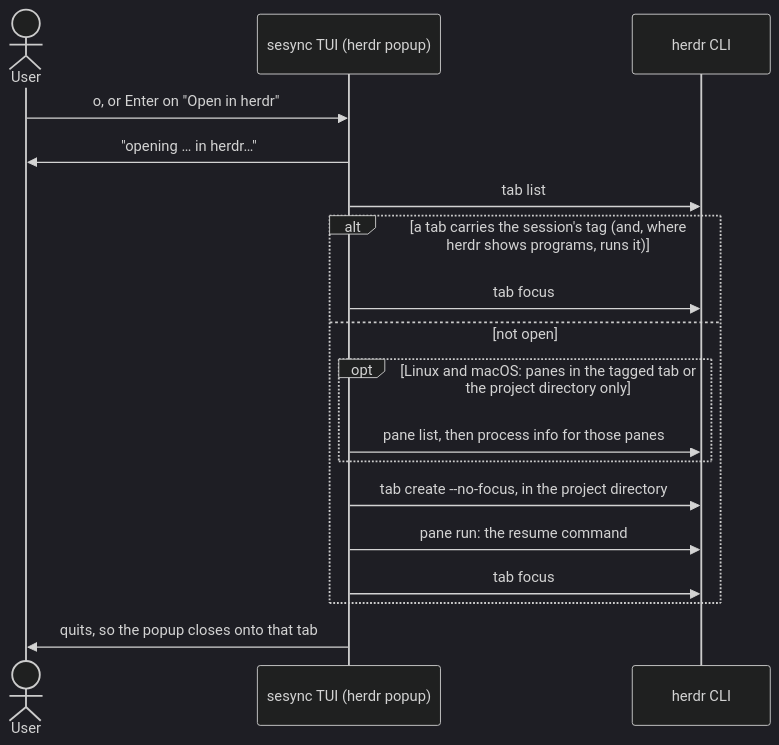
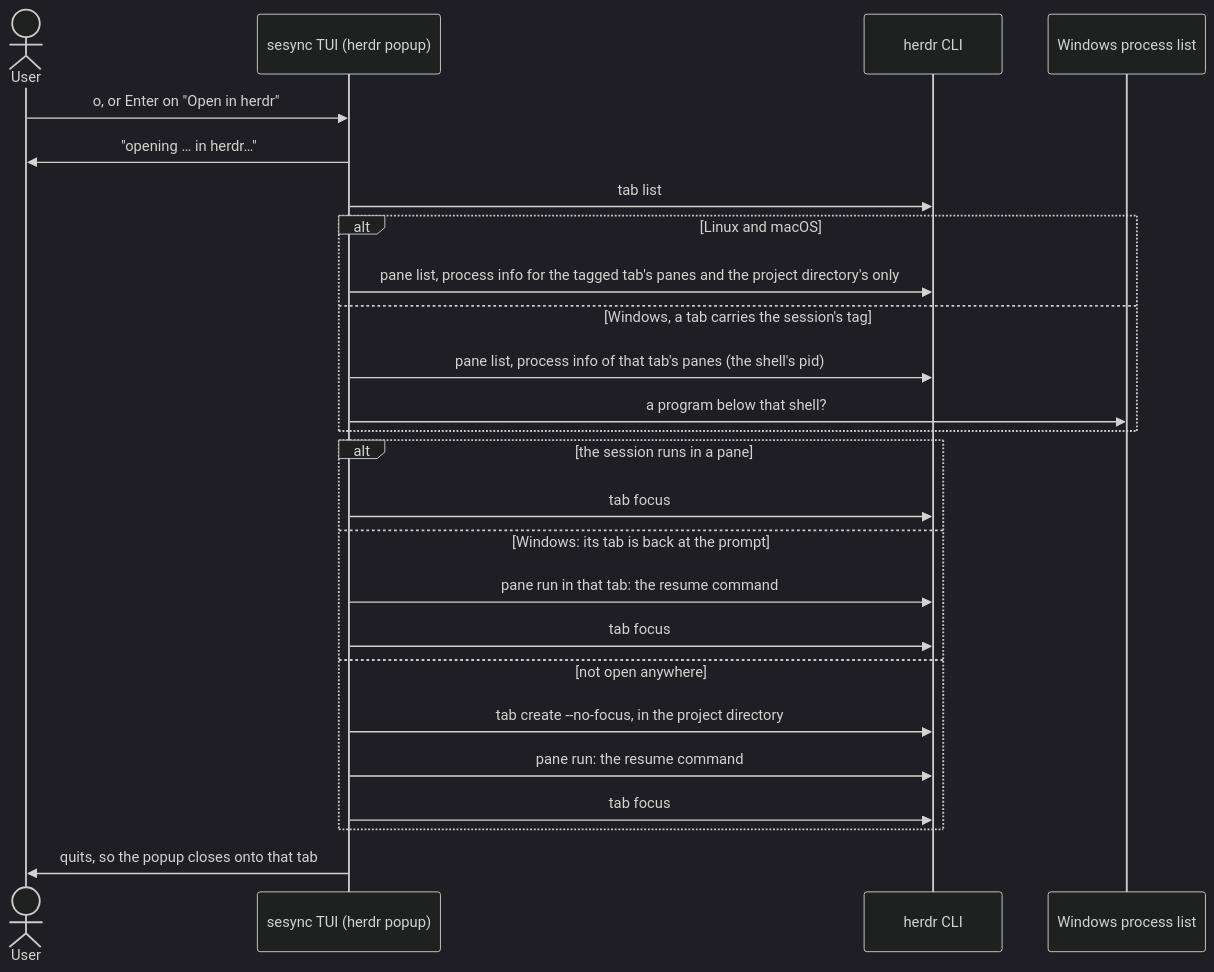
Before and after one commit to y0c0ms/sesync: diagram 17 of 17 in docs/ARCHITECTURE.md, drawn with Mermaid (dark theme). The commit also changed other lines of this file and 10 other files, not shown here.

Commit message:
herdr open on Windows: read the tagged tab's process tree; resume into an idle tab

````diff
--- a/docs/ARCHITECTURE.md
+++ b/docs/ARCHITECTURE.md
@@ -1125,20 +1130,27 @@
 ```mermaid
 sequenceDiagram
     actor U as User
     participant T as sesync TUI (herdr popup)
     participant H as herdr CLI
+    participant W as Windows process list
     U->>T: o, or Enter on "Open in herdr"
     T->>U: "opening … in herdr…"
     T->>H: tab list
-    alt a tab carries the session's tag (and, where herdr shows programs, runs it)
+    alt Linux and macOS
+        T->>H: pane list, process info for the tagged tab's panes and the project directory's only
+    else Windows, a tab carries the session's tag
+        T->>H: pane list, process info of that tab's panes (the shell's pid)
+        T->>W: a program below that shell?
+    end
+    alt the session runs in a pane
         T->>H: tab focus
-    else not open
-        opt Linux and macOS: panes in the tagged tab or the project directory only
-            T->>H: pane list, then process info for those panes
-        end
+    else Windows: its tab is back at the prompt
+        T->>H: pane run in that tab: the resume command
+        T->>H: tab focus
+    else not open anywhere
         T->>H: tab create --no-focus, in the project directory
         T->>H: pane run: the resume command
         T->>H: tab focus
     end
     T->>U: quits, so the popup closes onto that tab
 ```
````
